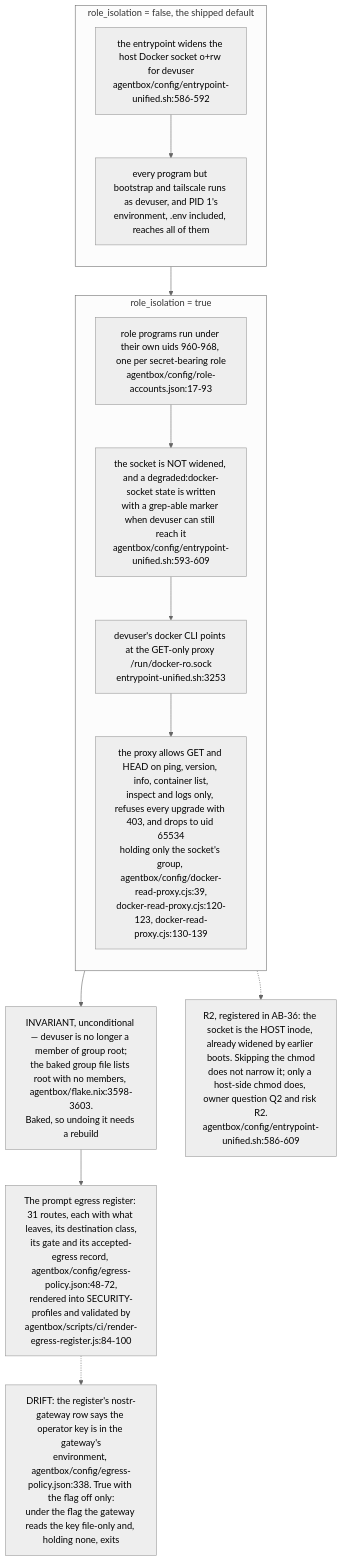
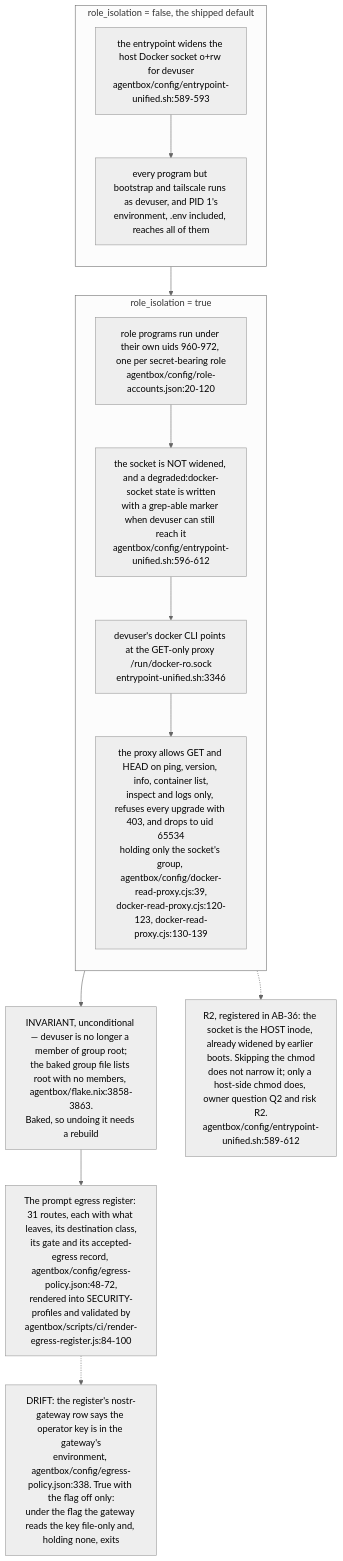
Before and after one commit to DreamLab-AI/VisionFlow: the tenth of 11 diagrams in docs/diagrams/estate/10-deployment-and-security-profiles.md, drawn with Mermaid (neutral theme). The commit also changed other lines of this file and 111 other files, not shown here.

Commit message:
docs(diagrams): align estate maps with current source

````diff
--- a/docs/diagrams/estate/10-deployment-and-security-profiles.md
+++ b/docs/diagrams/estate/10-deployment-and-security-profiles.md
@@ -388,24 +388,24 @@
 ```mermaid
 flowchart TB
     subgraph OFF["role_isolation = false, the shipped default"]
         direction TB
-        O1["the entrypoint widens the host Docker socket o+rw for devuser<br/>agentbox/config/entrypoint-unified.sh:586-592"]
+        O1["the entrypoint widens the host Docker socket o+rw for devuser<br/>agentbox/config/entrypoint-unified.sh:589-593"]
         O2["every program but bootstrap and tailscale runs as devuser, and PID 1's<br/>environment, .env included, reaches all of them"]
         O1 --> O2
     end
     subgraph ON["role_isolation = true"]
         direction TB
-        A1["role programs run under their own uids 960-968, one per secret-bearing role<br/>agentbox/config/role-accounts.json:17-93"]
-        A2["the socket is NOT widened, and a degraded:docker-socket state is written<br/>with a grep-able marker when devuser can still reach it<br/>agentbox/config/entrypoint-unified.sh:593-609"]
-        A3["devuser's docker CLI points at the GET-only proxy /run/docker-ro.sock<br/>entrypoint-unified.sh:3253"]
+        A1["role programs run under their own uids 960-972, one per secret-bearing role<br/>agentbox/config/role-accounts.json:20-120"]
+        A2["the socket is NOT widened, and a degraded:docker-socket state is written<br/>with a grep-able marker when devuser can still reach it<br/>agentbox/config/entrypoint-unified.sh:596-612"]
+        A3["devuser's docker CLI points at the GET-only proxy /run/docker-ro.sock<br/>entrypoint-unified.sh:3346"]
         A4["the proxy allows GET and HEAD on ping, version, info, container list,<br/>inspect and logs only, refuses every upgrade with 403, and drops to uid 65534<br/>holding only the socket's group, agentbox/config/docker-read-proxy.cjs:39,<br/>docker-read-proxy.cjs:120-123, docker-read-proxy.cjs:130-139"]
         A1 --> A2 --> A3 --> A4
     end
     OFF --> ON
-    GR["INVARIANT, unconditional — devuser is no longer a member of group root;<br/>the baked group file lists root with no members, agentbox/flake.nix:3598-3603.<br/>Baked, so undoing it needs a rebuild"]
+    GR["INVARIANT, unconditional — devuser is no longer a member of group root;<br/>the baked group file lists root with no members, agentbox/flake.nix:3858-3863.<br/>Baked, so undoing it needs a rebuild"]
     ON --> GR
     EG["The prompt egress register: 31 routes, each with what leaves, its destination class,<br/>its gate and its accepted-egress record, agentbox/config/egress-policy.json:48-72,<br/>rendered into SECURITY-profiles and validated by<br/>agentbox/scripts/ci/render-egress-register.js:84-100"]
     GR --> EG
-    A2 -.-> OPEN2["R2, registered in AB-36: the socket is the HOST inode, already widened by earlier boots. Skipping the chmod<br/>does not narrow it; only a host-side chmod does, owner question Q2 and risk R2.<br/>agentbox/config/entrypoint-unified.sh:586-609"]
+    A2 -.-> OPEN2["R2, registered in AB-36: the socket is the HOST inode, already widened by earlier boots. Skipping the chmod<br/>does not narrow it; only a host-side chmod does, owner question Q2 and risk R2.<br/>agentbox/config/entrypoint-unified.sh:589-612"]
     EG -.-> DR["DRIFT: the register's nostr-gateway row says the operator key is in the gateway's<br/>environment, agentbox/config/egress-policy.json:338. True with the flag off only:<br/>under the flag the gateway reads the key file-only and, holding none, exits"]
 ```
````
